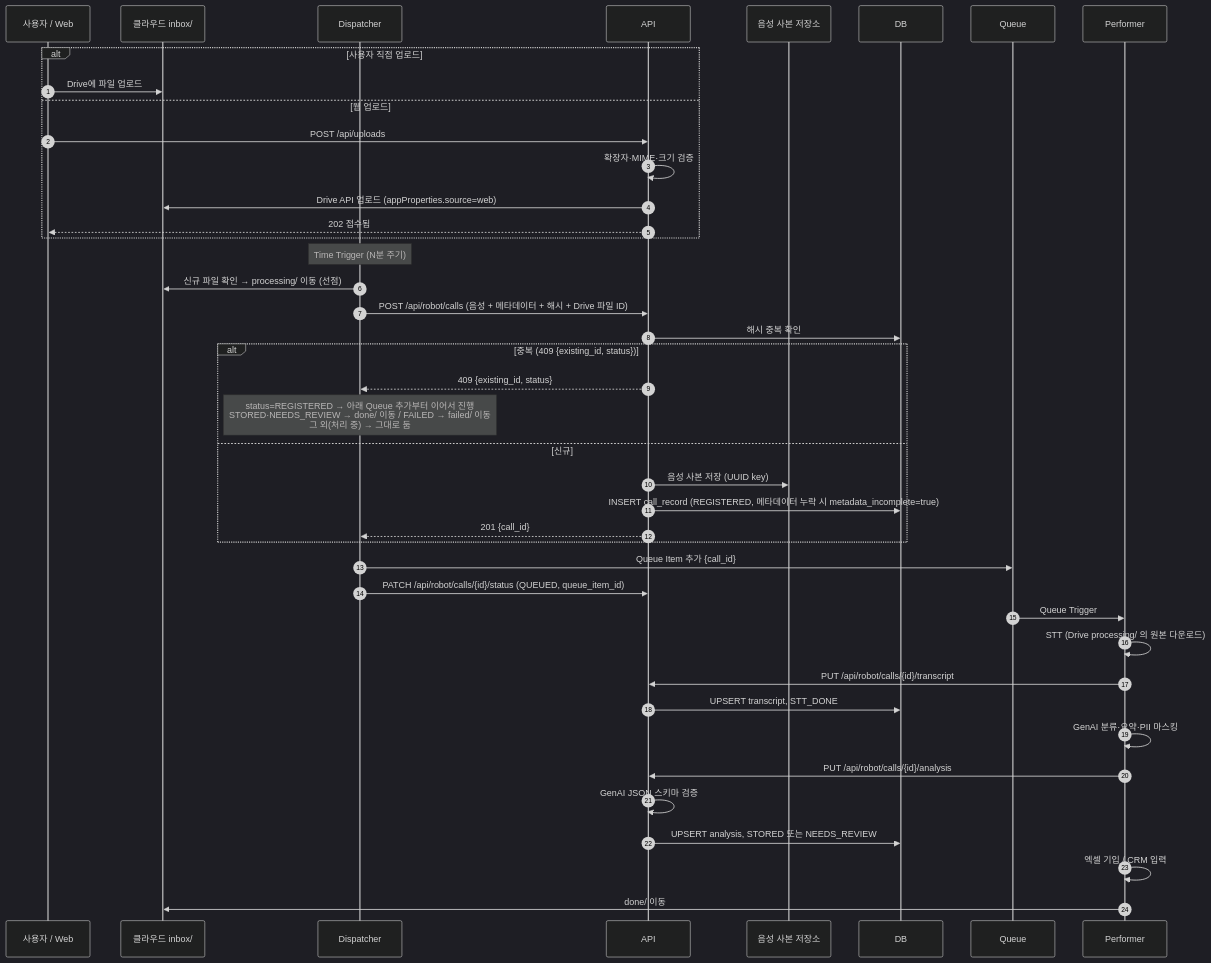
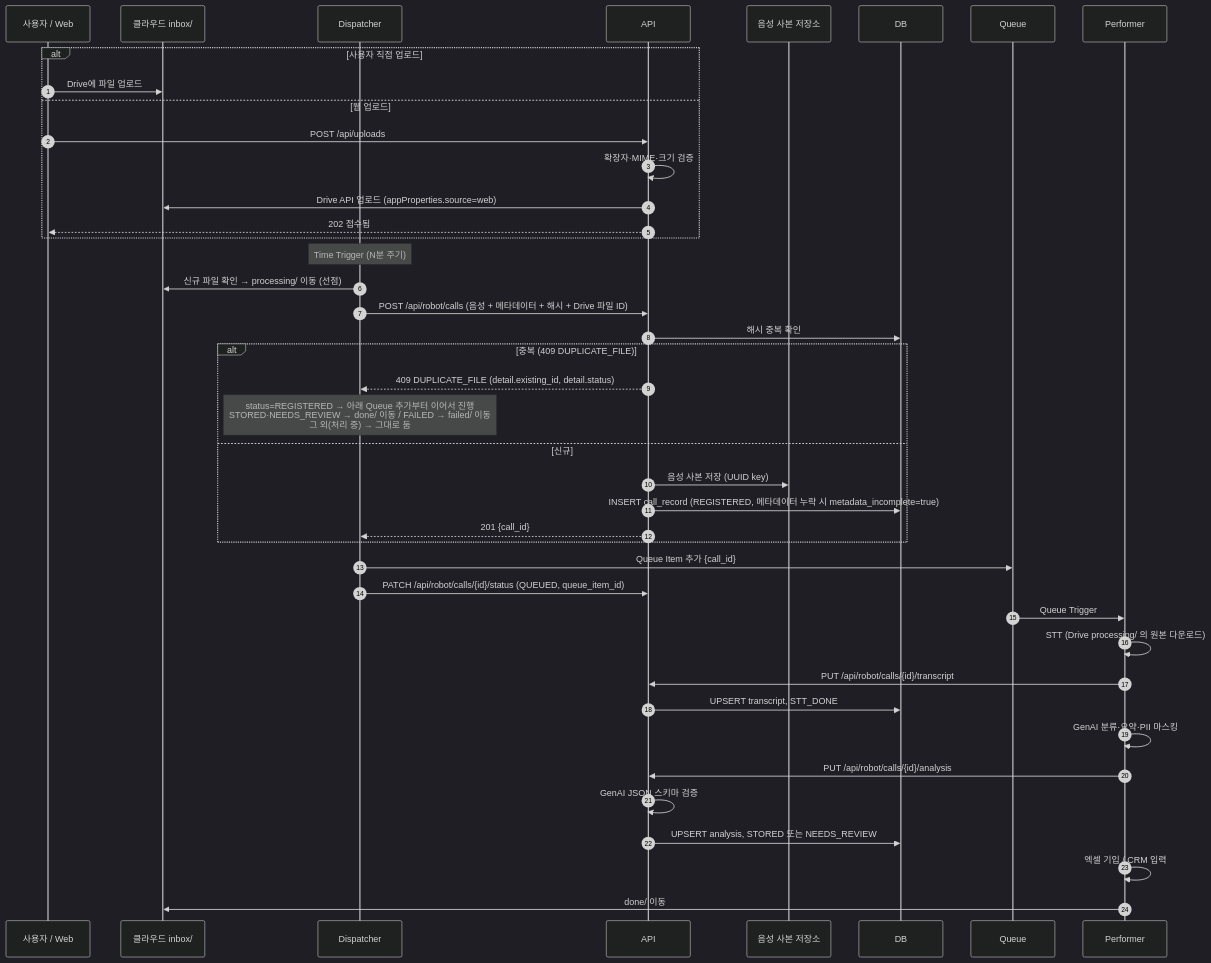
Before and after one commit to siwol025/rpa: the third of 9 diagrams in backend/docs/architecture/architecture.md, drawn with Mermaid (dark theme). The commit also changed other lines of this file and 18 other files, not shown here.

````diff
--- a/backend/docs/architecture/architecture.md
+++ b/backend/docs/architecture/architecture.md
@@ -147,47 +149,47 @@
 ```mermaid
 sequenceDiagram
     autonumber
     participant U as 사용자 / Web
     participant I as 클라우드 inbox/
     participant D as Dispatcher
     participant A as API
     participant S as 음성 사본 저장소
     participant DB as DB
     participant Q as Queue
     participant P as Performer
 
     alt 사용자 직접 업로드
         U->>I: Drive에 파일 업로드
     else 웹 업로드
         U->>A: POST /api/uploads
         A->>A: 확장자·MIME·크기 검증
         A->>I: Drive API 업로드 (appProperties.source=web)
         A-->>U: 202 접수됨
     end
 
     Note over D: Time Trigger (N분 주기)
     D->>I: 신규 파일 확인 → processing/ 이동 (선점)
     D->>A: POST /api/robot/calls (음성 + 메타데이터 + 해시 + Drive 파일 ID)
     A->>DB: 해시 중복 확인
-    alt 중복 (409 {existing_id, status})
-        A-->>D: 409 {existing_id, status}
+    alt 중복 (409 DUPLICATE_FILE)
+        A-->>D: 409 DUPLICATE_FILE (detail.existing_id, detail.status)
         Note over D: status=REGISTERED → 아래 Queue 추가부터 이어서 진행<br/>STORED·NEEDS_REVIEW → done/ 이동 / FAILED → failed/ 이동<br/>그 외(처리 중) → 그대로 둠
     else 신규
         A->>S: 음성 사본 저장 (UUID key)
         A->>DB: INSERT call_record (REGISTERED, 메타데이터 누락 시 metadata_incomplete=true)
         A-->>D: 201 {call_id}
     end
     D->>Q: Queue Item 추가 {call_id}
     D->>A: PATCH /api/robot/calls/{id}/status (QUEUED, queue_item_id)
 
     Q->>P: Queue Trigger
     P->>P: STT (Drive processing/ 의 원본 다운로드)
     P->>A: PUT /api/robot/calls/{id}/transcript
     A->>DB: UPSERT transcript, STT_DONE
     P->>P: GenAI 분류·요약·PII 마스킹
     P->>A: PUT /api/robot/calls/{id}/analysis
     A->>A: GenAI JSON 스키마 검증
     A->>DB: UPSERT analysis, STORED 또는 NEEDS_REVIEW
     P->>P: 엑셀 기입 / CRM 입력
     P->>I: done/ 이동
 ```
````
